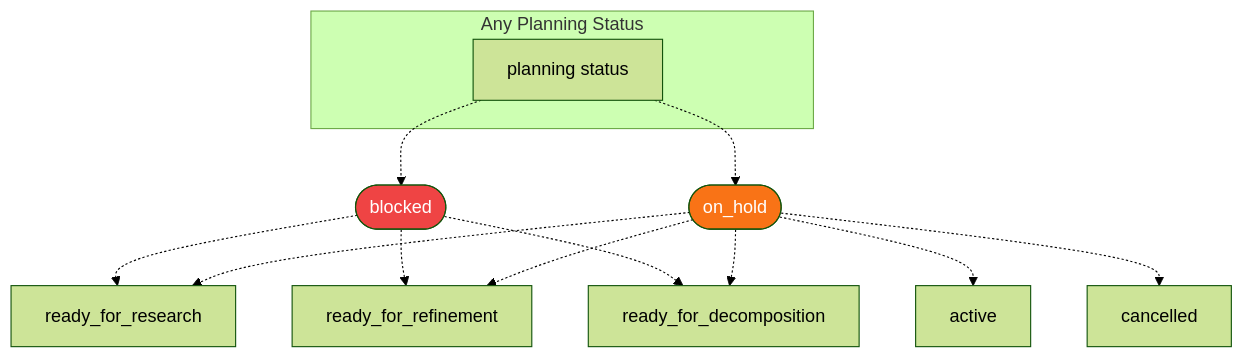
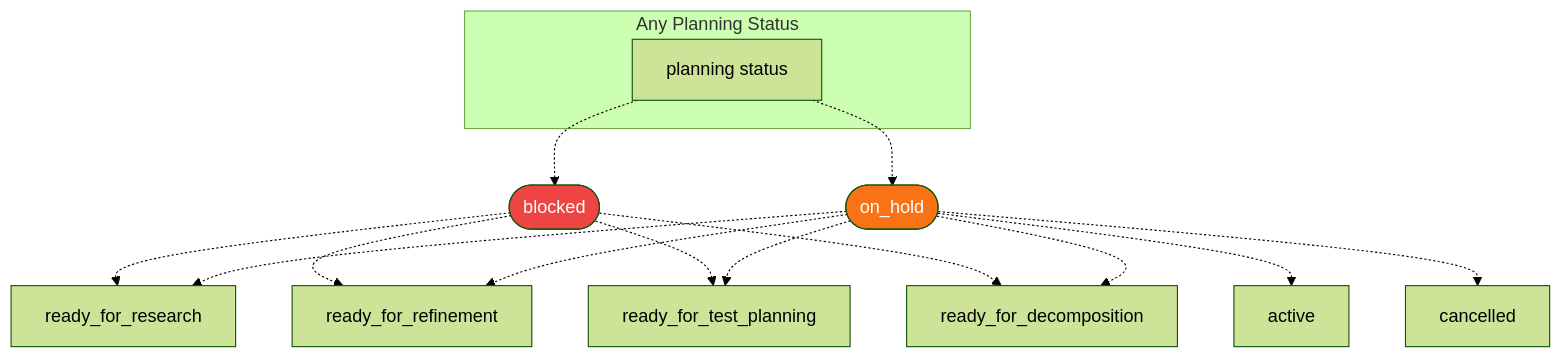
The third of 8 diagrams in docs/guides/multi-level-workflow.md (jwwelbor/shark-task-manager), drawn with Mermaid (forest theme) before and after one commit. The commit also changed other lines of this file and 1 other file, not shown here.

````diff
--- a/docs/guides/multi-level-workflow.md
+++ b/docs/guides/multi-level-workflow.md
@@ -89,22 +138,24 @@
 ```mermaid
 flowchart TB
     subgraph "Any Planning Status"
         planning[planning status]
     end
 
     planning -.-> blocked([blocked]):::red
     planning -.-> on_hold([on_hold]):::orange
 
     blocked -.-> ready_for_research
     blocked -.-> ready_for_refinement
+    blocked -.-> ready_for_test_planning
     blocked -.-> ready_for_decomposition
 
     on_hold -.-> ready_for_research
     on_hold -.-> ready_for_refinement
+    on_hold -.-> ready_for_test_planning
     on_hold -.-> ready_for_decomposition
     on_hold -.-> active
     on_hold -.-> cancelled
 
     classDef red fill:#ef4444,color:#fff
     classDef orange fill:#f97316,color:#fff
 ```
````
